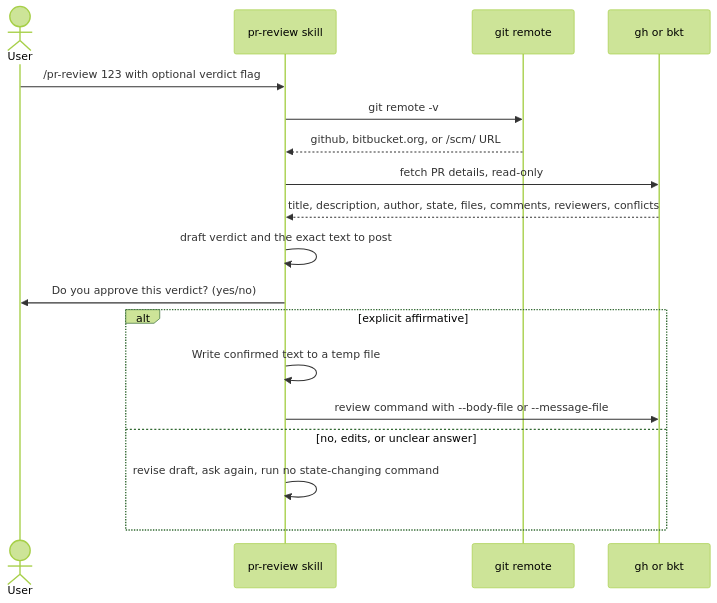
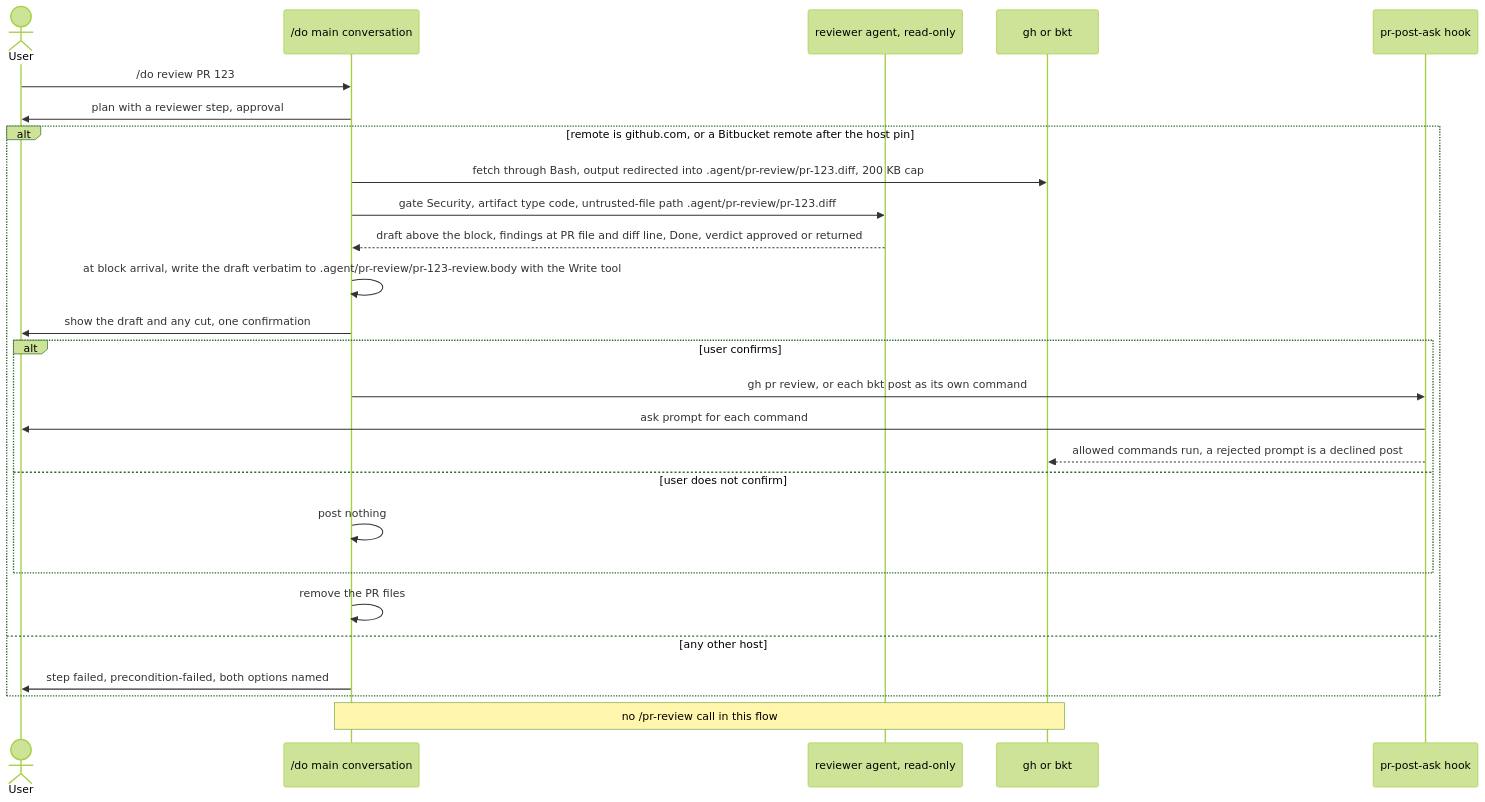
The first of 3 diagrams in specs/spec-skills-pr-review.md (tjmonsi/assist-marketplace-plugin), drawn with Mermaid (forest theme) before and after one commit. The commit also changed other lines of this file and 24 other files, not shown here.

First line of the commit message:
docs: plan and specify the post-1.12.0 follow-ups

````diff
--- a/specs/spec-skills-pr-review.md
+++ b/specs/spec-skills-pr-review.md
@@ -159,20 +374,28 @@
 ```mermaid
 sequenceDiagram
   actor User
-  participant Skill as pr-review skill
-  participant Git as git remote
+  participant Do as /do main conversation
+  participant Rev as reviewer agent, read-only
   participant CLI as gh or bkt
-  User->>Skill: /pr-review 123 with optional verdict flag
-  Skill->>Git: git remote -v
-  Git-->>Skill: github, bitbucket.org, or /scm/ URL
-  Skill->>CLI: fetch PR details, read-only
-  CLI-->>Skill: title, description, author, state, files, comments, reviewers, conflicts
-  Skill->>Skill: draft verdict and the exact text to post
-  Skill->>User: Do you approve this verdict? (yes/no)
-  alt explicit affirmative
-    Skill->>Skill: Write confirmed text to a temp file
-    Skill->>CLI: review command with --body-file or --message-file
-  else no, edits, or unclear answer
-    Skill->>Skill: revise draft, ask again, run no state-changing command
+  participant Hook as pr-post-ask hook
+  User->>Do: /do review PR 123
+  Do->>User: plan with a reviewer step, approval
+  alt remote is github.com, or a Bitbucket remote after the host pin
+    Do->>CLI: fetch through Bash, output redirected into .agent/pr-review/pr-123.diff, 200 KB cap
+    Do->>Rev: gate Security, artifact type code, untrusted-file path .agent/pr-review/pr-123.diff
+    Rev-->>Do: draft above the block, findings at PR file and diff line, Done, verdict approved or returned
+    Do->>Do: at block arrival, write the draft verbatim to .agent/pr-review/pr-123-review.body with the Write tool
+    Do->>User: show the draft and any cut, one confirmation
+    alt user confirms
+      Do->>Hook: gh pr review, or each bkt post as its own command
+      Hook->>User: ask prompt for each command
+      Hook-->>CLI: allowed commands run, a rejected prompt is a declined post
+    else user does not confirm
+      Do->>Do: post nothing
+    end
+    Do->>Do: remove the PR files
+  else any other host
+    Do->>User: step failed, precondition-failed, both options named
   end
+  Note over Do,CLI: no /pr-review call in this flow
 ```
````
